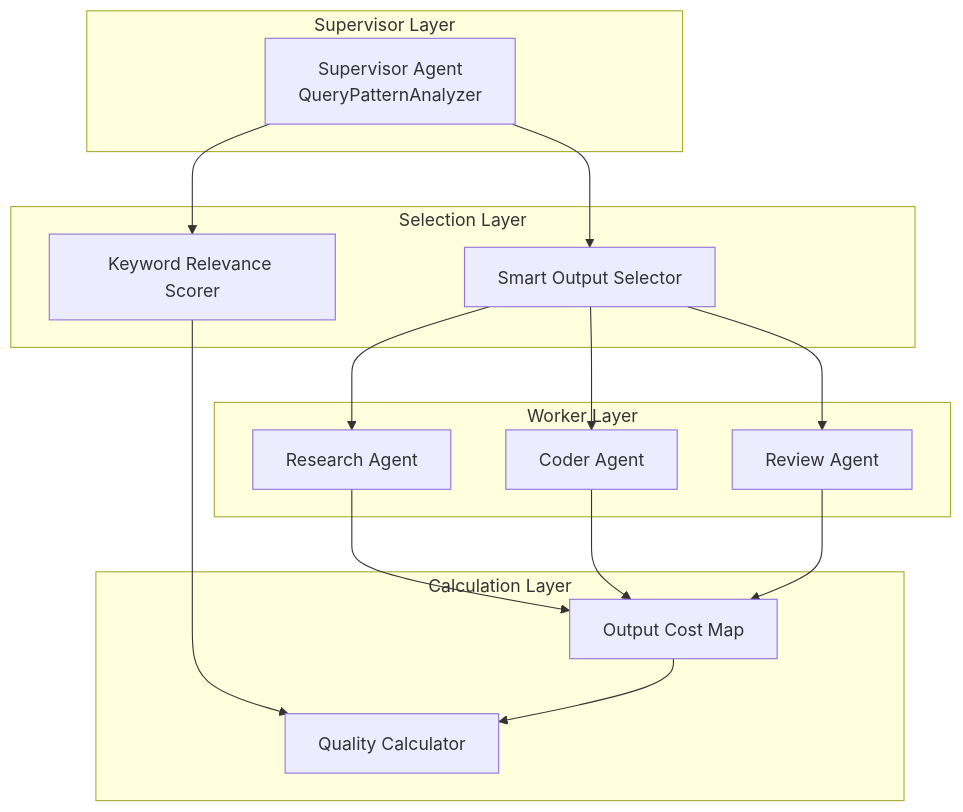
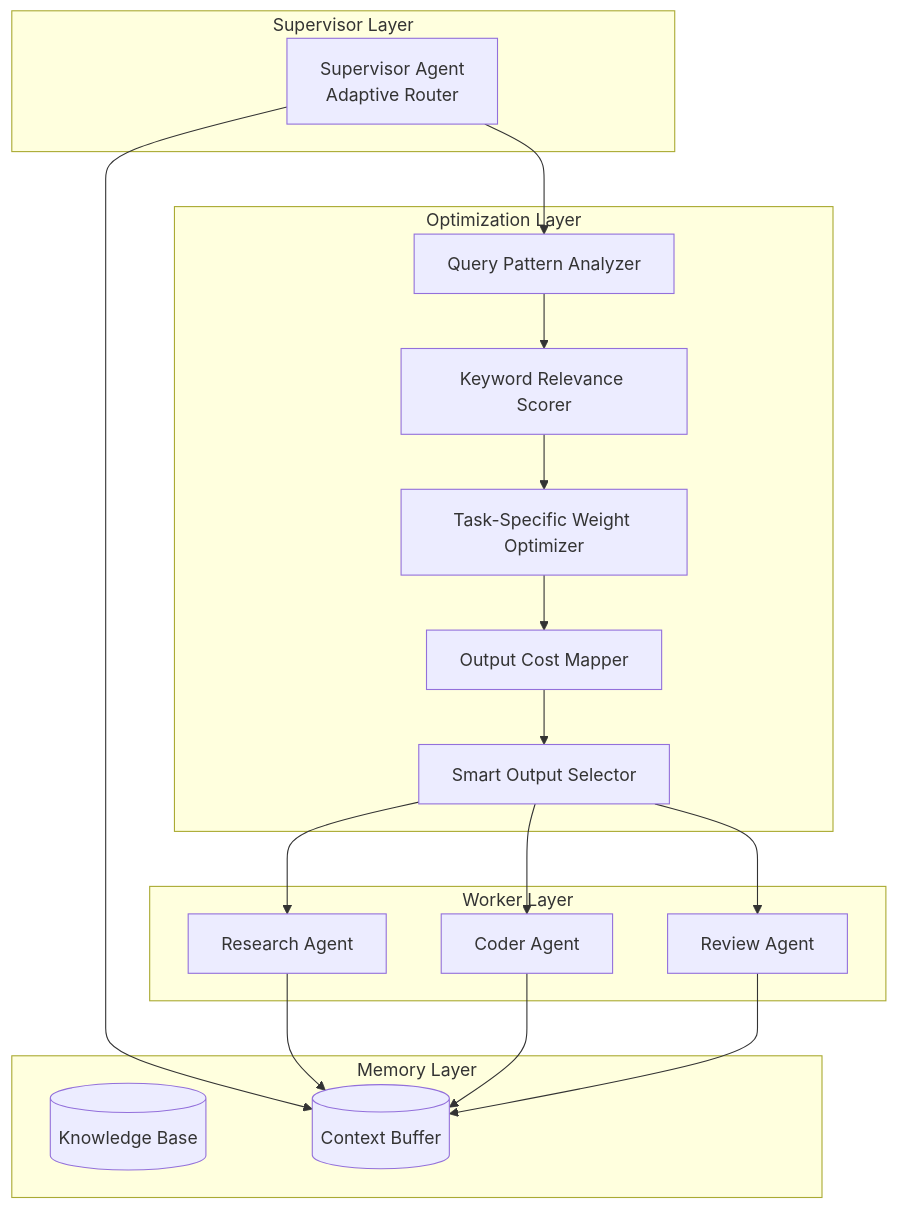
The diagram in ARCHITECTURE.md (xiangbianpangde/mas-evolution-test), drawn with Mermaid before and after one commit. The commit also changed other lines of this file, not shown here.

Commit message:
Update ARCHITECTURE.md: Gen26 as current champion

````diff
--- a/ARCHITECTURE.md
+++ b/ARCHITECTURE.md
@@ -5,33 +5,38 @@
 ```mermaid
 graph TB
     subgraph "Supervisor Layer"
-        S[Supervisor Agent<br/>QueryPatternAnalyzer]
-    end
-    
-    subgraph "Selection Layer"
-        SS[Smart Output Selector]
-        KRS[Keyword Relevance Scorer]
+        S[Supervisor Agent<br/>Adaptive Router]
     end
     
     subgraph "Worker Layer"
         W1[Research Agent]
         W2[Coder Agent]
         W3[Review Agent]
     end
     
-    subgraph "Calculation Layer"
-        OC[Output Cost Map]
-        QC[Quality Calculator]
+    subgraph "Optimization Layer"
+        Q[Query Pattern Analyzer]
+        K[Keyword Relevance Scorer]
+        W[Task-Specific Weight Optimizer]
+        C[Output Cost Mapper]
+        O[Smart Output Selector]
     end
     
-    S --> SS
-    S --> KRS
-    KRS --> QC
-    SS --> W1
-    SS --> W2
-    SS --> W3
-    W1 --> OC
-    W2 --> OC
-    W3 --> OC
-    OC --> QC
+    subgraph "Memory Layer"
+        KB[(Knowledge Base)]
+        MEM[(Context Buffer)]
+    end
+    
+    S --> Q
+    Q --> K
+    K --> W
+    W --> C
+    C --> O
+    O --> W1
+    O --> W2
+    O --> W3
+    S --> MEM
+    W1 --> MEM
+    W2 --> MEM
+    W3 --> MEM
 ```
````
